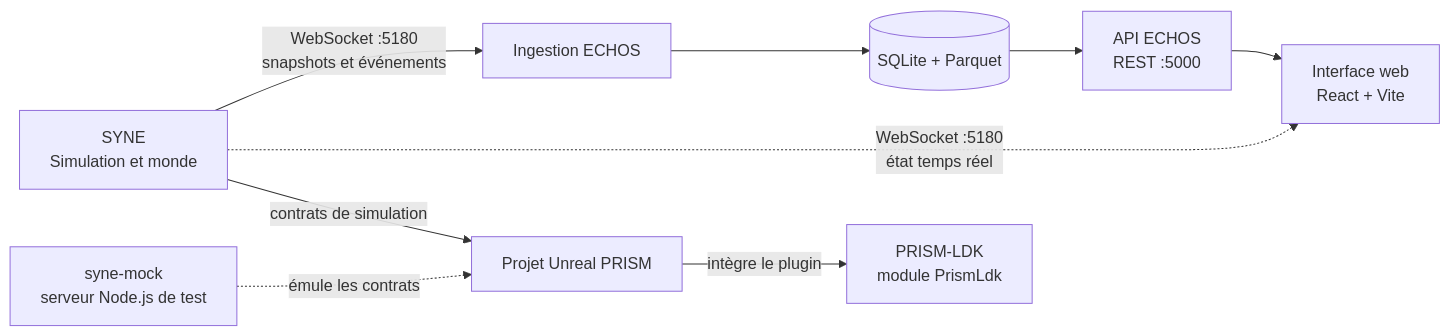
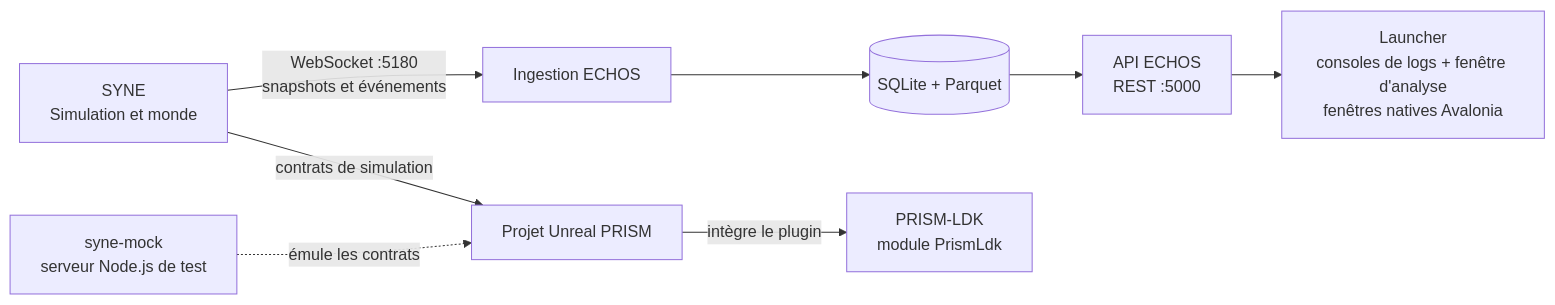
One commit to donovan-dev-web/LIVEX changed the diagram in README.md. Above: the diagram before and after it, drawn with Mermaid. The commit also changed other lines of this file and 4 other files, not shown here.

````diff
--- a/README.md
+++ b/README.md
@@ -41,11 +41,10 @@
 ```mermaid
 flowchart LR
     S[SYNE<br/>Simulation et monde] -->|WebSocket :5180<br/>snapshots et événements| I[Ingestion ECHOS]
     I --> D[(SQLite + Parquet)]
     D --> A[API ECHOS<br/>REST :5000]
-    A --> U[Interface web<br/>React + Vite]
-    S -.->|WebSocket :5180<br/>état temps réel| U
+    A --> U[Launcher<br/>consoles de logs + fenêtre d'analyse<br/>fenêtres natives Avalonia]
     S -->|contrats de simulation| P[Projet Unreal PRISM]
     P -->|intègre le plugin| L[PRISM-LDK<br/>module PrismLdk]
     M[syne-mock<br/>serveur Node.js de test] -.->|émule les contrats| P
 ```
````
